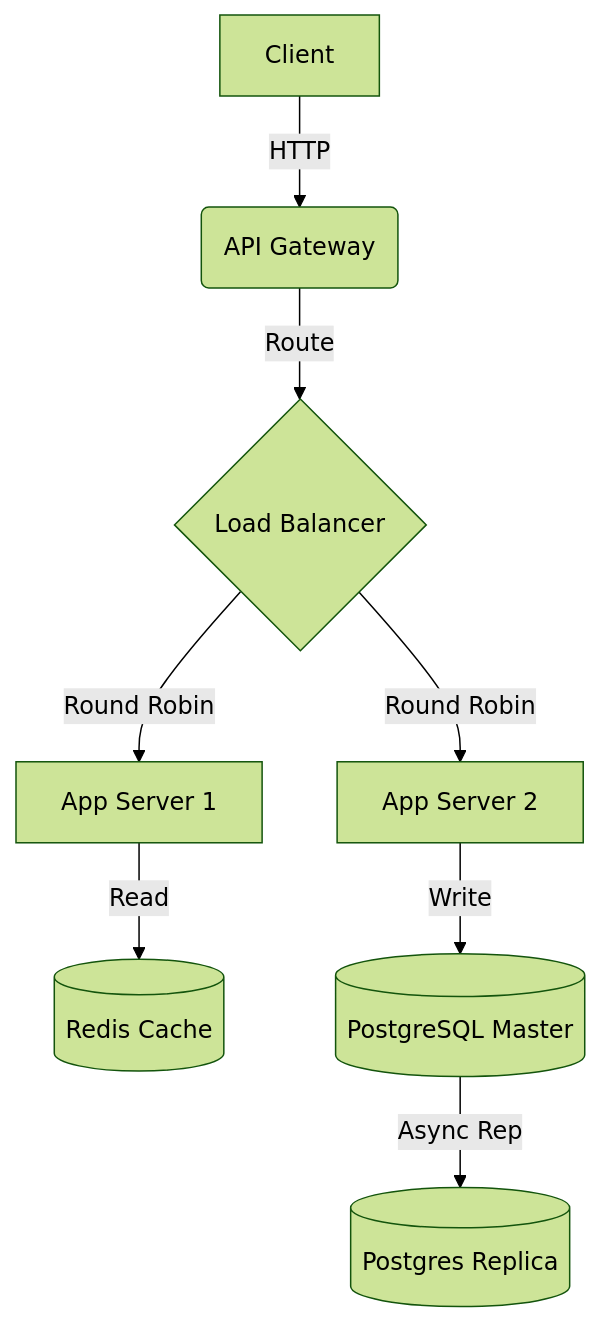
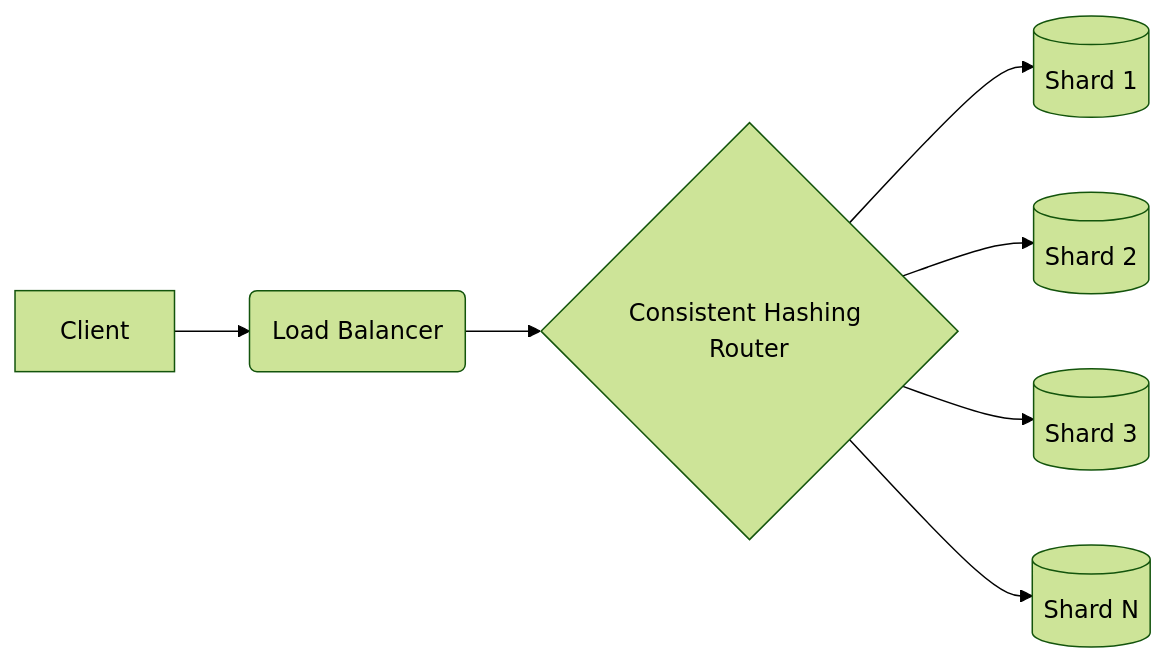
The diagram in skills/system-design/database-sharding/SKILL.md (j4flmao/agent-skills), drawn with Mermaid (forest theme) before and after one commit. The commit also changed other lines of this file and 6 other files, not shown here.

Commit message:
feat(skills): Implement Phase 4 (Backend, Frontend, System Design) core architecture skills

````diff
--- a/skills/system-design/database-sharding/SKILL.md
+++ b/skills/system-design/database-sharding/SKILL.md
@@ -62,10 +43,9 @@
 ```mermaid
-graph TD
-    A[Client] -->|HTTP| B(API Gateway)
-    B -->|Route| C{Load Balancer}
-    C -->|Round Robin| D[App Server 1]
-    C -->|Round Robin| E[App Server 2]
-    D -->|Read| F[(Redis Cache)]
-    E -->|Write| G[(PostgreSQL Master)]
-    G -->|Async Rep| H[(Postgres Replica)]
+graph LR
+    A[Client] --> B(Load Balancer)
+    B --> C{Consistent Hashing Router}
+    C --> D[(Shard 1)]
+    C --> E[(Shard 2)]
+    C --> F[(Shard 3)]
+    C --> G[(Shard N)]
 ```
````
